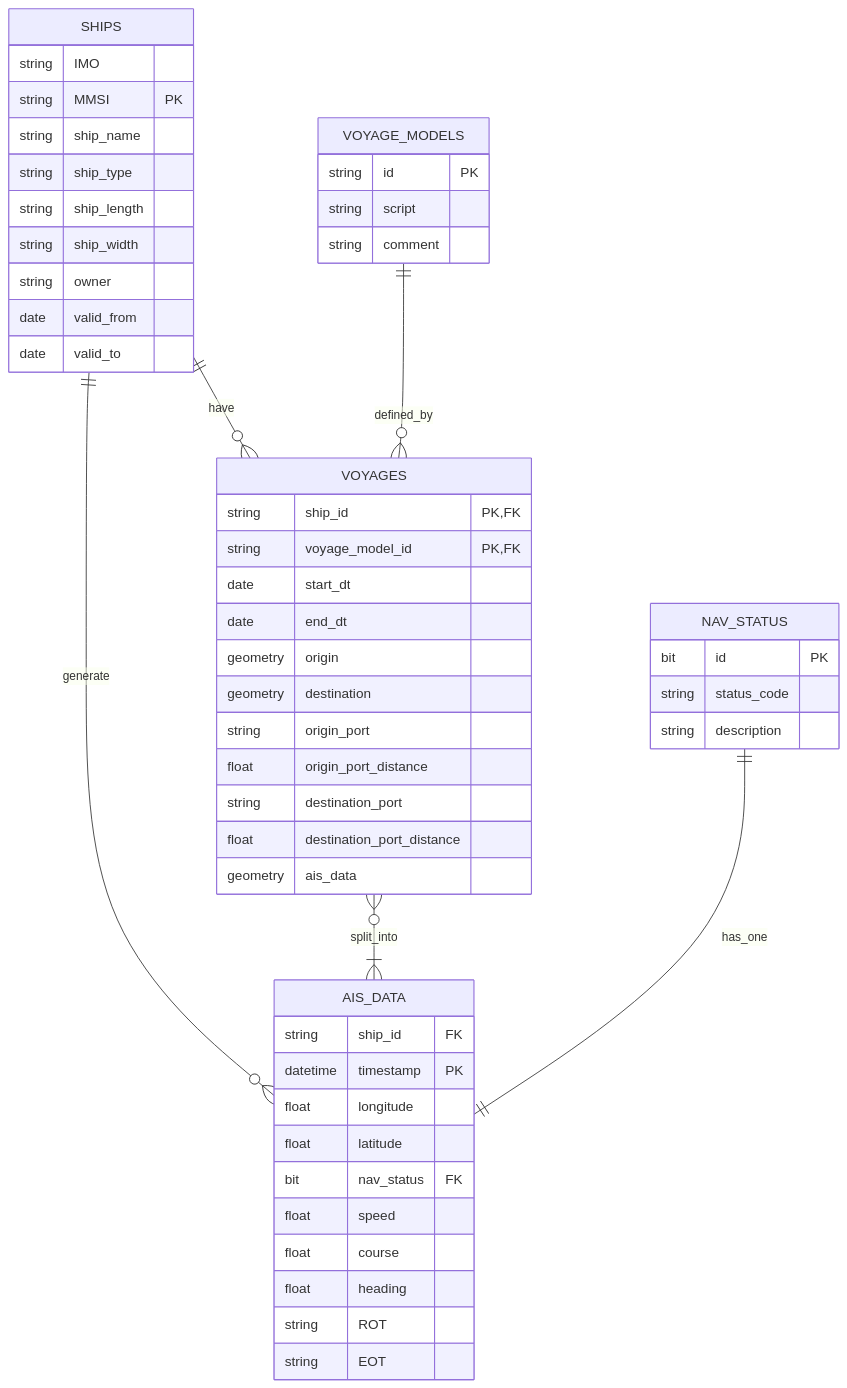
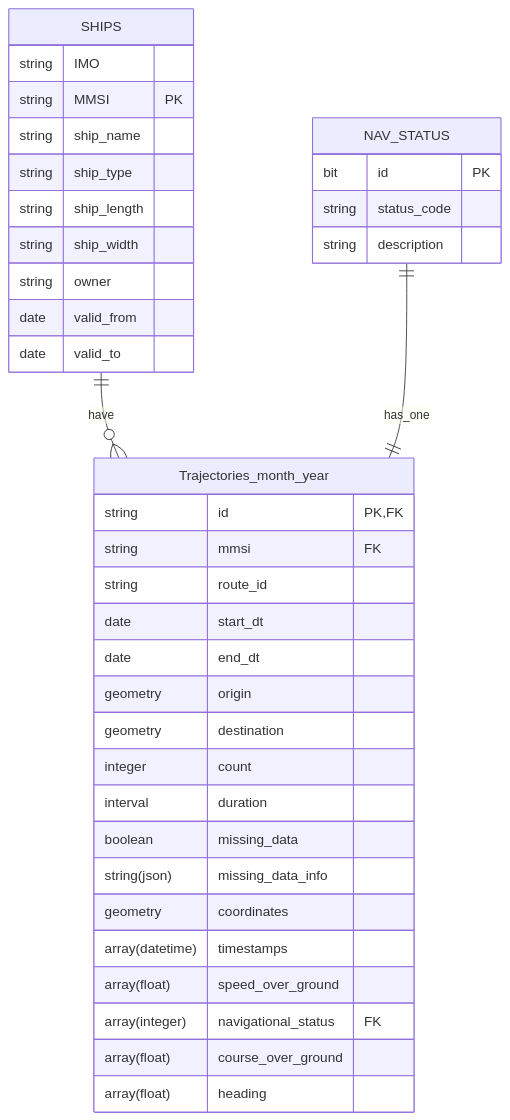
One commit to CLEAR-AI-ML-for-shipping-data/database changed the diagram in README.md. Above: the diagram before and after it, drawn with Mermaid. The commit also changed other lines of this file and 4 other files, not shown here.

````diff
--- a/README.md
+++ b/README.md
@@ -43,66 +100,48 @@
 ```mermaid
 erDiagram
 
-    SHIPS ||--o{ VOYAGES : have
+    SHIPS ||--o{ Trajectories_month_year : have
 
-    SHIPS ||--o{ AIS_DATA : generate
-
-    VOYAGE_MODELS ||--o{ VOYAGES : defined_by
-
-    VOYAGES }o--|{ AIS_DATA : split_into
-
-    NAV_STATUS ||--|| AIS_DATA : has_one
+    NAV_STATUS ||--|| Trajectories_month_year : has_one
     
-    VOYAGES {
-        string ship_id PK, FK
-        string voyage_model_id PK, FK
+    Trajectories_month_year {
+        string id PK, FK
+        string mmsi FK
+        string route_id 
         date start_dt
         date end_dt
         geometry origin
         geometry destination
-        string origin_port
-        float origin_port_distance
-        string destination_port
-        float destination_port_distance
-        geometry ais_data
+        integer count
+        interval duration
+        boolean missing_data 
+        string(json) missing_data_info
+       
+        geometry coordinates
+        array(datetime) timestamps
+        array(float) speed_over_ground
+        array(integer) navigational_status FK
+        array(float) course_over_ground
+        array(float) heading
 
-    }
-
-    VOYAGE_MODELS {
-        string id PK
-        string script
-        string comment
     }
 
     SHIPS {
         string IMO 
         string MMSI PK
         string ship_name
         string ship_type
         string ship_length
         string ship_width
         string owner
         date valid_from
         date valid_to
     }
-    
-    AIS_DATA {
-        string ship_id FK
-        datetime timestamp PK
-        float longitude
-        float latitude
-        bit nav_status FK
-        float speed
-        float course
-        float heading
-        string ROT
-        string EOT
-    }
 
     NAV_STATUS {
         bit id PK
         string status_code
         string description
     }
 
 ```
````
